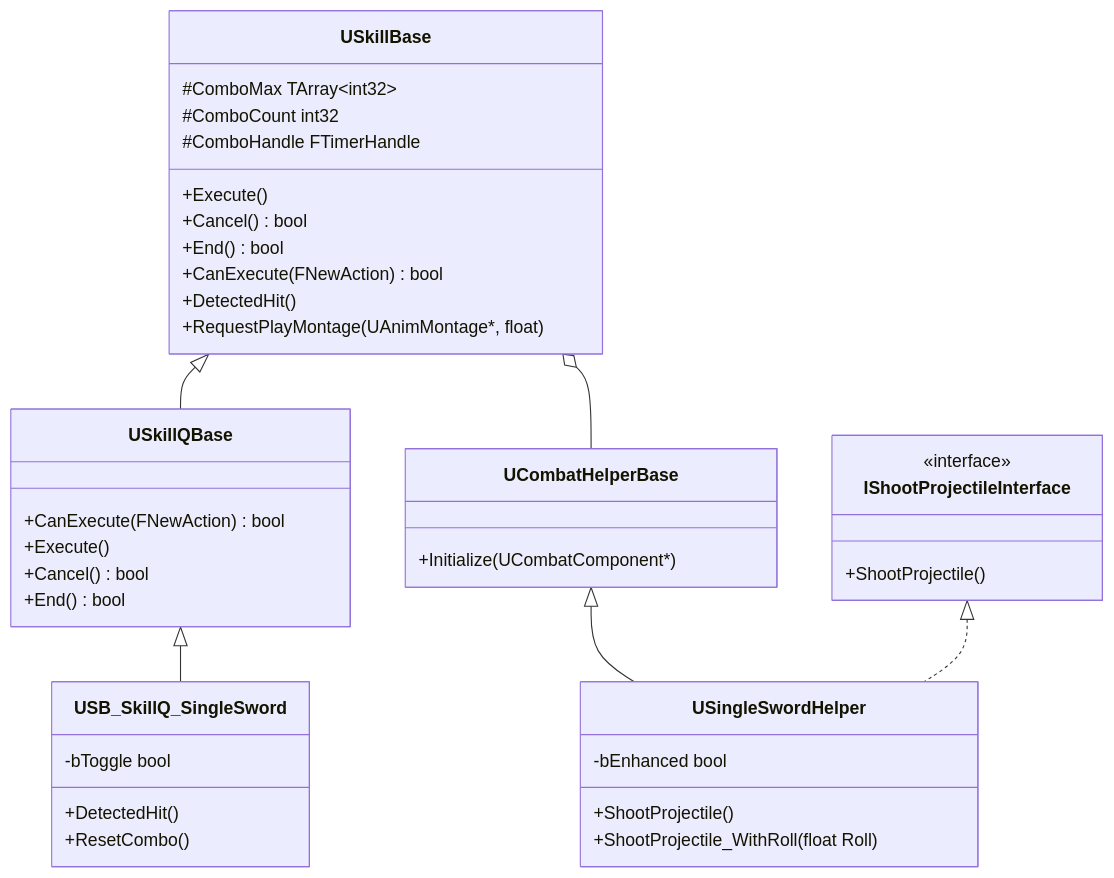
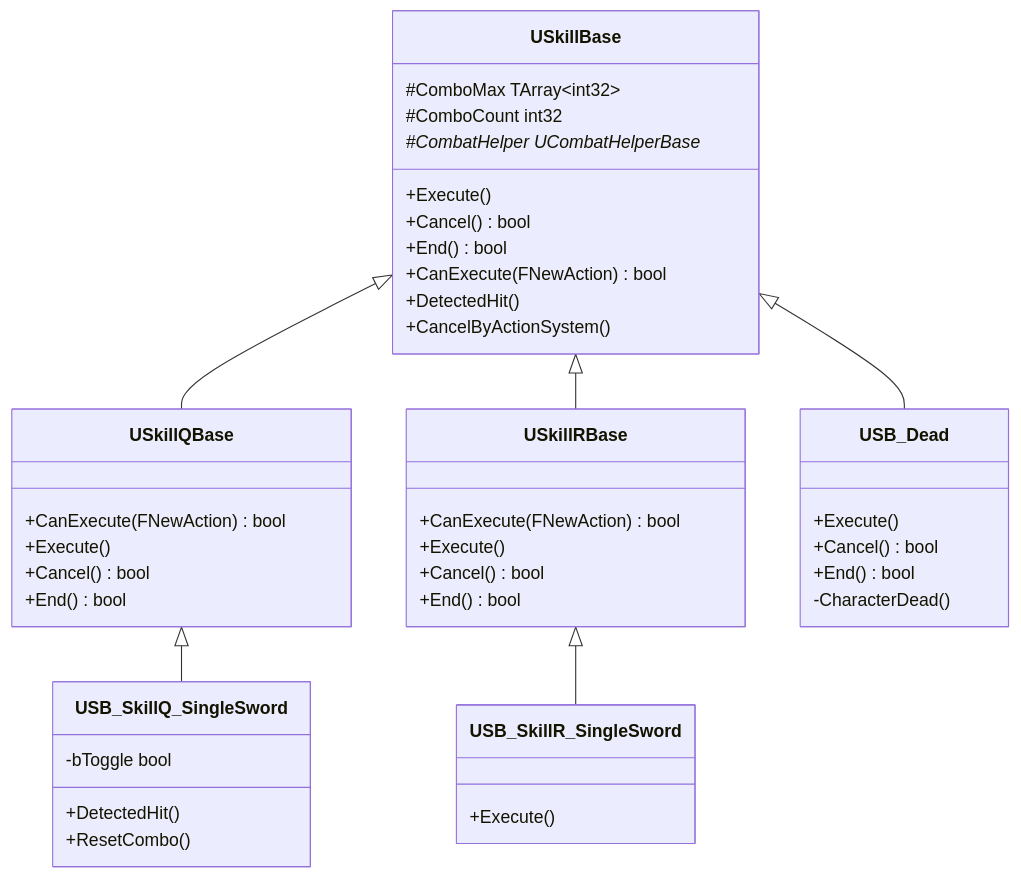
The diagram in SkillSystem/SkillBase/README.md (grukall/Portfolio), drawn with Mermaid before and after one commit. The commit also changed other lines of this file, not shown here.

````diff
--- a/SkillSystem/SkillBase/README.md
+++ b/SkillSystem/SkillBase/README.md
@@ -34,43 +68,45 @@
 ```mermaid
 classDiagram
     class USkillBase {
         +Execute()
         +Cancel() bool
         +End() bool
         +CanExecute(FNewAction) bool
         +DetectedHit()
-        +RequestPlayMontage(UAnimMontage*, float)
+        +CancelByActionSystem()
         #ComboMax TArray~int32~
         #ComboCount int32
-        #ComboHandle FTimerHandle
+        #CombatHelper UCombatHelperBase*
     }
     class USkillQBase {
         +CanExecute(FNewAction) bool
         +Execute()
         +Cancel() bool
         +End() bool
     }
     class USB_SkillQ_SingleSword {
         +DetectedHit()
         +ResetCombo()
         -bToggle bool
     }
-    class UCombatHelperBase {
-        +Initialize(UCombatComponent*)
+    class USkillRBase {
+        +CanExecute(FNewAction) bool
+        +Execute()
+        +Cancel() bool
+        +End() bool
     }
-    class USingleSwordHelper {
-        +ShootProjectile()
-        +ShootProjectile_WithRoll(float Roll)
-        -bEnhanced bool
+    class USB_SkillR_SingleSword {
+        +Execute()
     }
-    class IShootProjectileInterface {
-        <<interface>>
-        +ShootProjectile()
+    class USB_Dead {
+        +Execute()
+        +Cancel() bool
+        +End() bool
+        -CharacterDead()
     }
-
     USkillBase <|-- USkillQBase
+    USkillBase <|-- USkillRBase
+    USkillBase <|-- USB_Dead
     USkillQBase <|-- USB_SkillQ_SingleSword
-    UCombatHelperBase <|-- USingleSwordHelper
-    IShootProjectileInterface <|.. USingleSwordHelper
-    USkillBase o-- UCombatHelperBase
+    USkillRBase <|-- USB_SkillR_SingleSword
 ```
````
